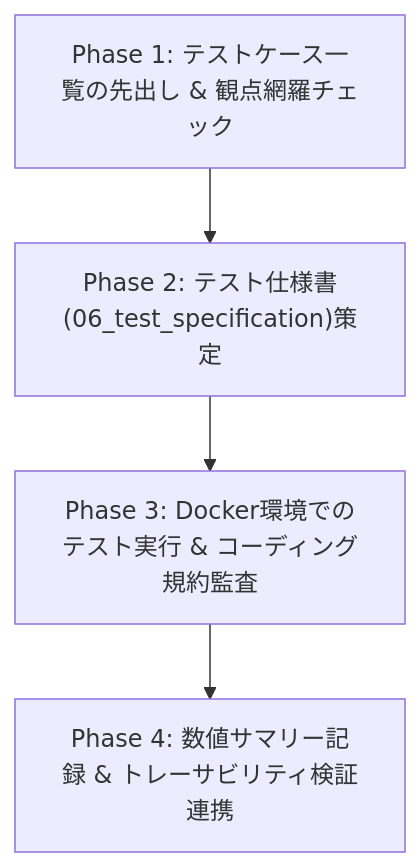
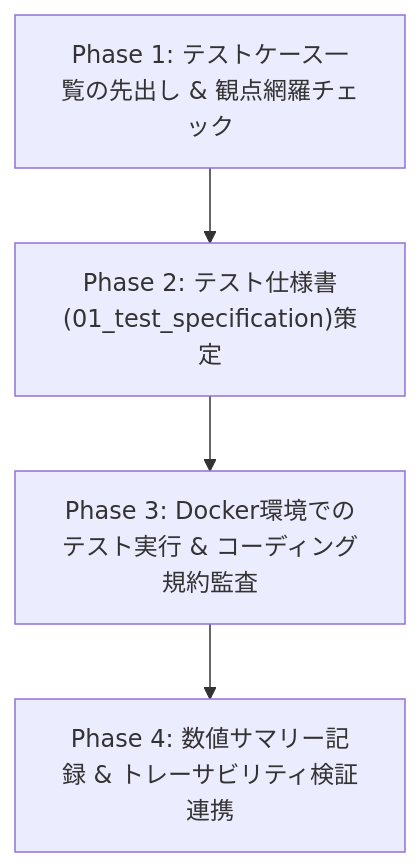
The diagram in .agents/skills/ipa-qa-engineer/SKILL.md (N-Y-Public/marp-slide-mcp), drawn with Mermaid before and after one commit. The commit also changed other lines of this file and 89 other files, not shown here.

````diff
--- a/.agents/skills/ipa-qa-engineer/SKILL.md
+++ b/.agents/skills/ipa-qa-engineer/SKILL.md
@@ -71,6 +72,6 @@
 ```mermaid
 flowchart TD
-    Q1["Phase 1: テストケース一覧の先出し & 観点網羅チェック"] --> Q2["Phase 2: テスト仕様書(06_test_specification)策定"]
+    Q1["Phase 1: テストケース一覧の先出し & 観点網羅チェック"] --> Q2["Phase 2: テスト仕様書(01_test_specification)策定"]
     Q2 --> Q3["Phase 3: Docker環境でのテスト実行 & コーディング規約監査"]
     Q3 --> Q4["Phase 4: 数値サマリー記録 & トレーサビリティ検証連携"]
 ```
````
